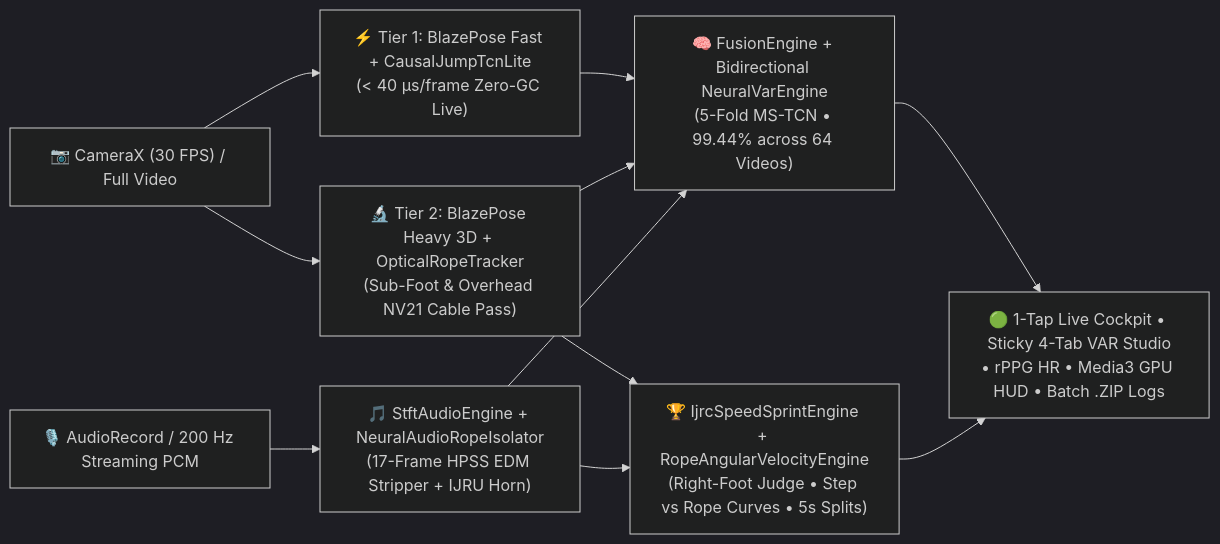
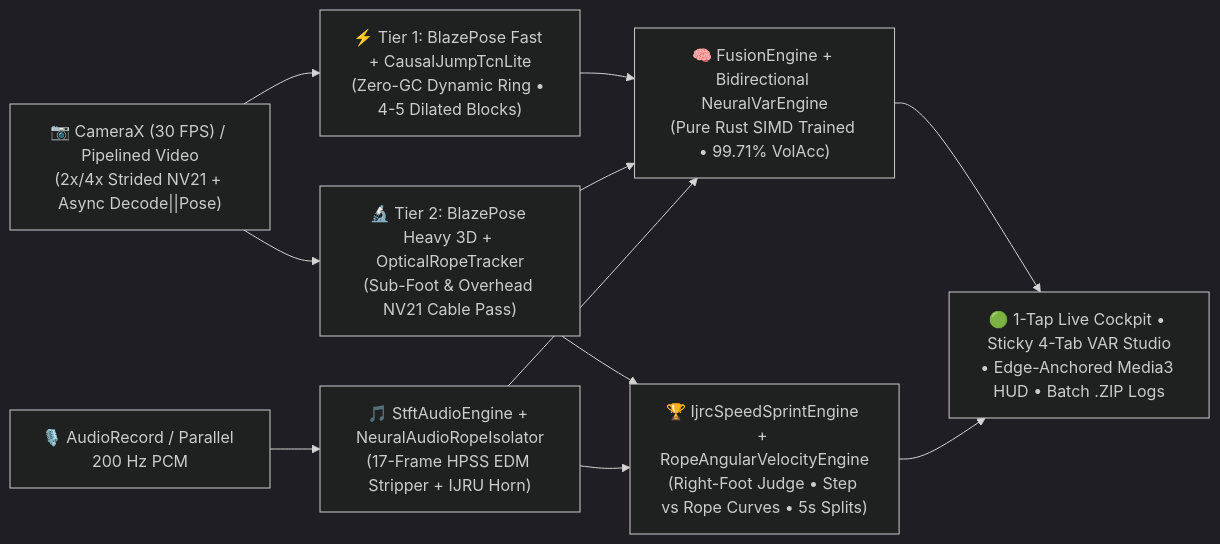
One commit to iganramdani/Jumpix changed the diagram in README.md. Above: the diagram before and after it, drawn with Mermaid (dark theme). The commit also changed other lines of this file and 11 other files, not shown here.

Commit message:
docs(repo): flagship v7.1.3 & Pure Rust overhaul — root + all 5 sub-module READMEs, interactive Web Engine Explorer & SVG banners

````diff
--- a/README.md
+++ b/README.md
@@ -120,13 +142,13 @@
 ```mermaid
 flowchart LR
-    CAM["📷 CameraX (30 FPS) / Full Video"] --> T1["⚡ Tier 1: BlazePose Fast + CausalJumpTcnLite\n(< 40 µs/frame Zero-GC Live)"]
-    CAM --> T2["🔬 Tier 2: BlazePose Heavy 3D + OpticalRopeTracker\n(Sub-Foot & Overhead NV21 Cable Pass)"]
-    MIC["🎙️ AudioRecord / 200 Hz Streaming PCM"] --> HPSS["🎵 StftAudioEngine + NeuralAudioRopeIsolator\n(17-Frame HPSS EDM Stripper + IJRU Horn)"]
-    T1 --> FUS["🧠 FusionEngine + Bidirectional NeuralVarEngine\n(5-Fold MS-TCN • 99.44% across 64 Videos)"]
+    CAM["📷 CameraX (30 FPS) / Pipelined Video<br/>(2x/4x Strided NV21 + Async Decode||Pose)"] --> T1["⚡ Tier 1: BlazePose Fast + CausalJumpTcnLite<br/>(Zero-GC Dynamic Ring • 4-5 Dilated Blocks)"]
+    CAM --> T2["🔬 Tier 2: BlazePose Heavy 3D + OpticalRopeTracker<br/>(Sub-Foot & Overhead NV21 Cable Pass)"]
+    MIC["🎙️ AudioRecord / Parallel 200 Hz PCM"] --> HPSS["🎵 StftAudioEngine + NeuralAudioRopeIsolator<br/>(17-Frame HPSS EDM Stripper + IJRU Horn)"]
+    T1 --> FUS["🧠 FusionEngine + Bidirectional NeuralVarEngine<br/>(Pure Rust SIMD Trained • 99.71% VolAcc)"]
     T2 --> FUS
     HPSS --> FUS
-    T2 --> IJRC["🏆 IjrcSpeedSprintEngine + RopeAngularVelocityEngine\n(Right-Foot Judge • Step vs Rope Curves • 5s Splits)"]
+    T2 --> IJRC["🏆 IjrcSpeedSprintEngine + RopeAngularVelocityEngine<br/>(Right-Foot Judge • Step vs Rope Curves • 5s Splits)"]
     HPSS --> IJRC
-    FUS --> UI["🟢 1-Tap Live Cockpit • Sticky 4-Tab VAR Studio\n• rPPG HR • Media3 GPU HUD • Batch .ZIP Logs"]
+    FUS --> UI["🟢 1-Tap Live Cockpit • Sticky 4-Tab VAR Studio<br/>• Edge-Anchored Media3 HUD • Batch .ZIP Logs"]
     IJRC --> UI
 ```
````
